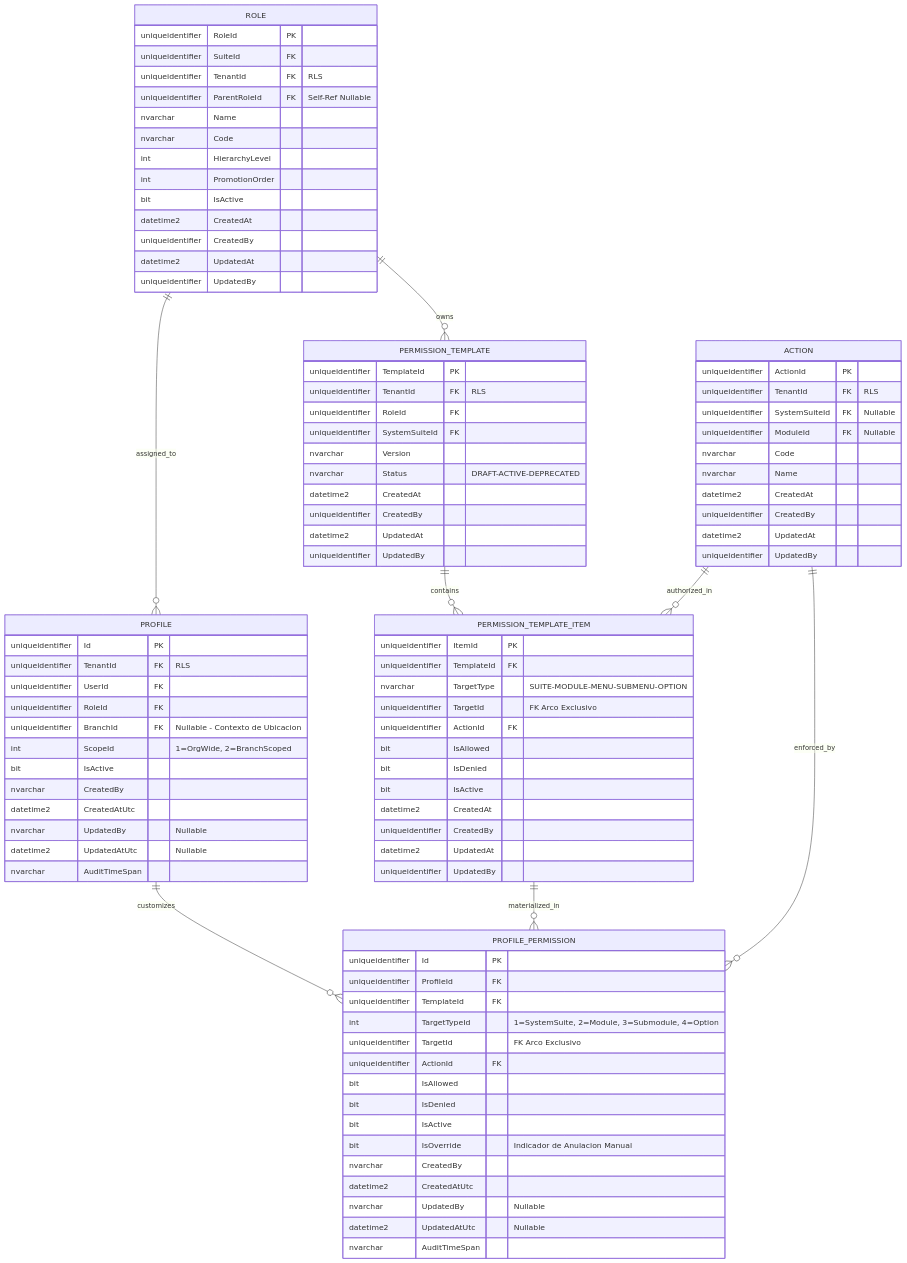
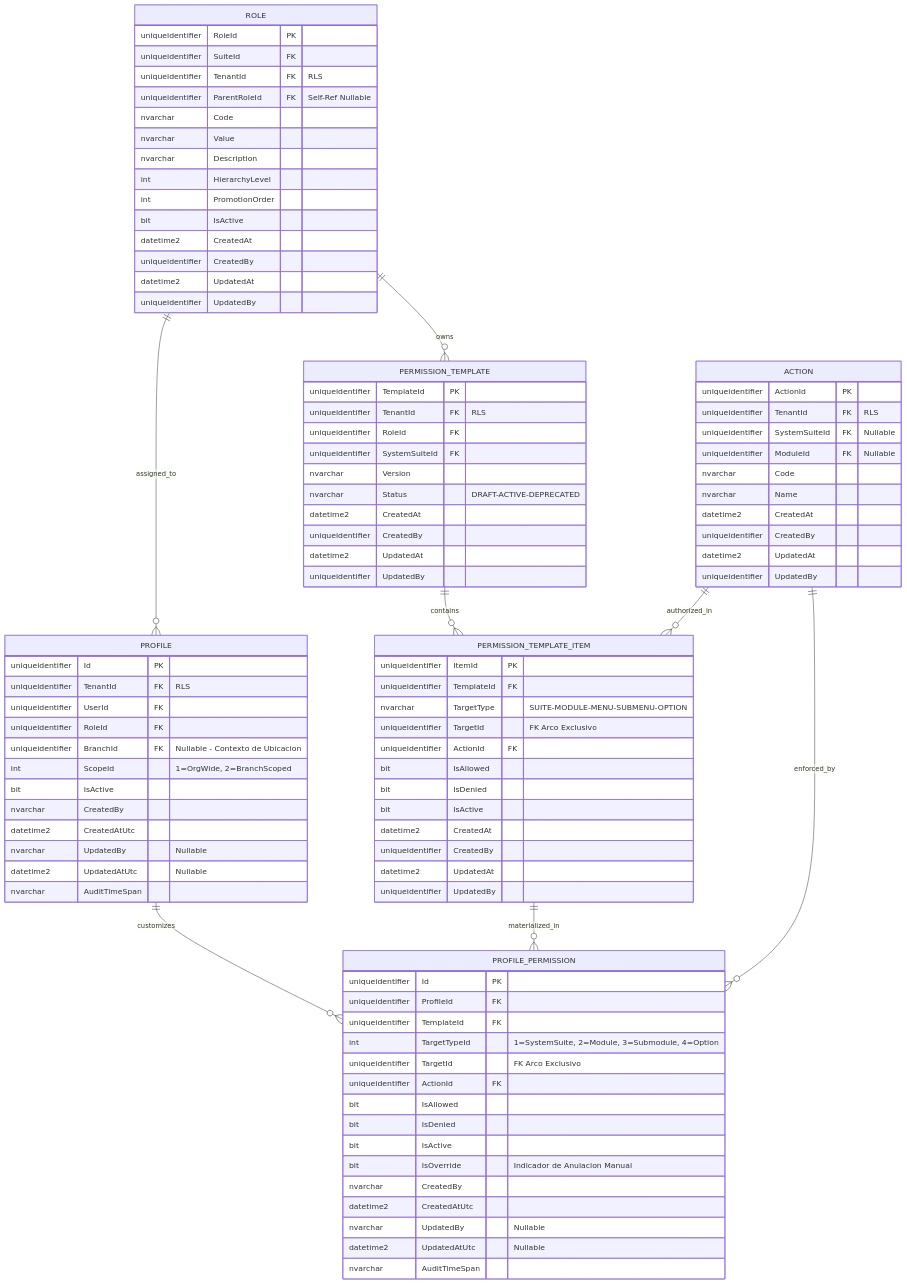
Before and after one commit to beyondnetcode/ums: the second of 5 diagrams in docs/architecture/blueprints-es/database-design-er.md, drawn with Mermaid. The commit also changed other lines of this file and 91 other files, not shown here.

```diff
--- a/docs/architecture/blueprints-es/database-design-er.md
+++ b/docs/architecture/blueprints-es/database-design-er.md
@@ -105,8 +105,9 @@
         uniqueidentifier SuiteId FK
         uniqueidentifier TenantId FK "RLS"
         uniqueidentifier ParentRoleId FK "Self-Ref Nullable"
-        nvarchar Name
         nvarchar Code
+        nvarchar Value
+        nvarchar Description
         int HierarchyLevel
         int PromotionOrder
         bit IsActive
```
